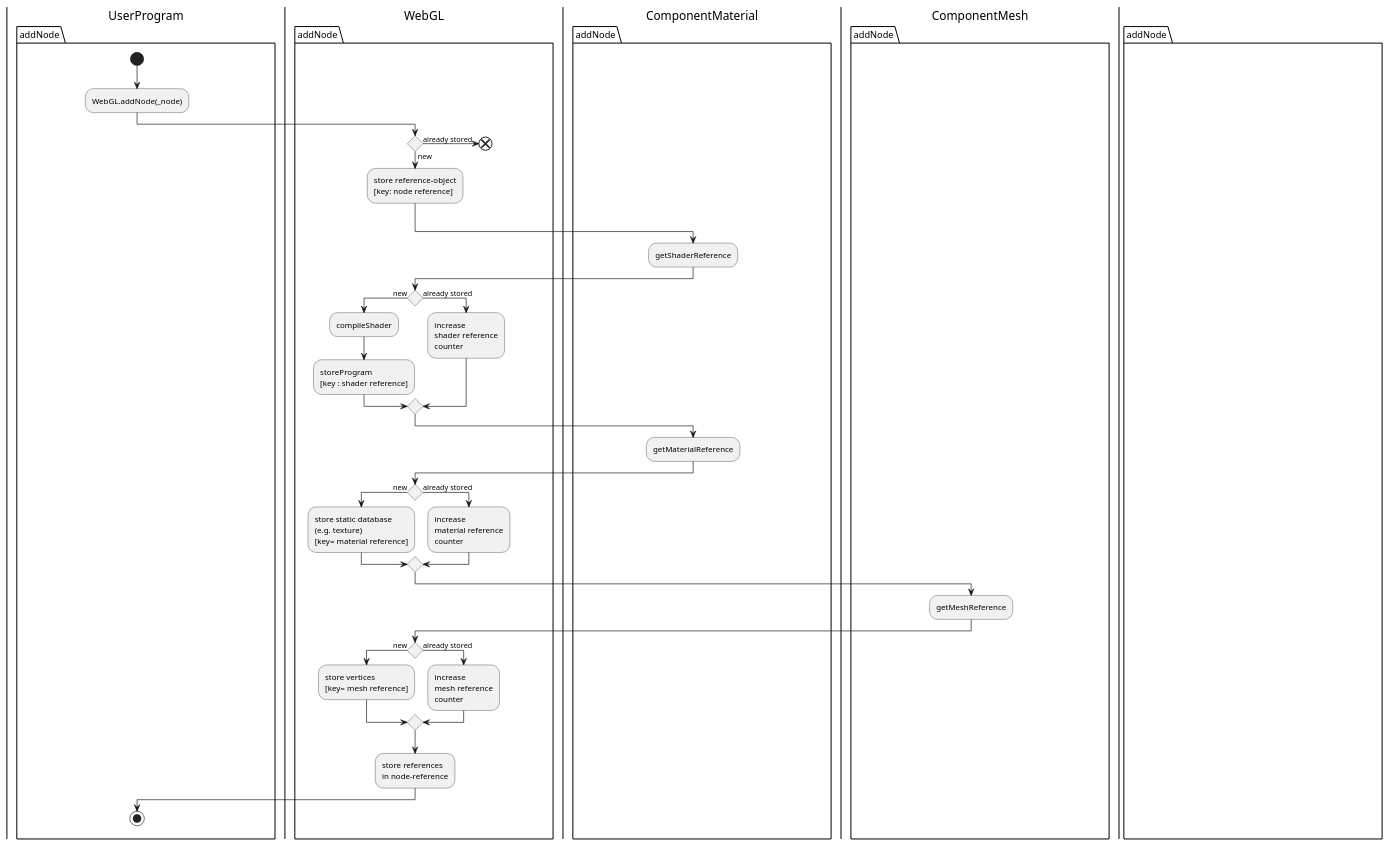
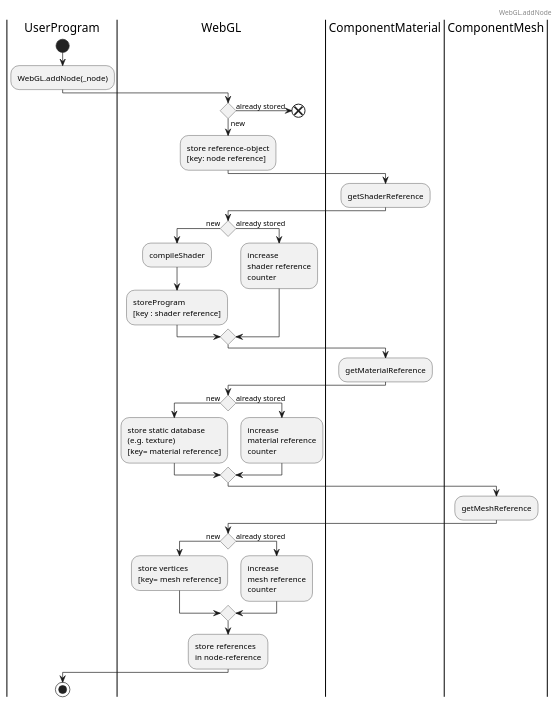
Before and after one commit to JirkaDellOro/FUDGE: the first of 3 diagrams in Design/WebGL_Proposal_Node-Processing.puml, drawn with PlantUML. The commit also changed other lines of this file, not shown here.

Commit message:
headlines and updateNode complete

```diff
--- a/Design/WebGL_Proposal_Node-Processing.puml
+++ b/Design/WebGL_Proposal_Node-Processing.puml
@@ -1,59 +1,60 @@
 @startuml WebG.addNode
+header 
+WebGL.addNode
+endheader
 |UserProgram|
 '|Viewport|
 |WebGL|
 '|Node|
 |ComponentMaterial|
 |ComponentMesh|
-package addNode {
-    |UserProgram|
-    start
-    :WebGL.addNode(_node);
-    |WebGL|
-    if () then (already stored)
-        end
-    else (new)
-        :store reference-object
-        [key: node reference];
-    endif
-    |ComponentMaterial|
-    :getShaderReference;
-    |WebGL|
-    if () then (new)
-        :compileShader;
-        :storeProgram
-        [key : shader reference];
-    else (already stored)
-        :increase
-        shader reference
-        counter;
-    endif
-    |ComponentMaterial|
-    :getMaterialReference;
-    |WebGL|
-    if () then (new)
-        :store static database
-        (e.g. texture)
-        [key= material reference];
-    else (already stored)
-        :increase
-        material reference
-        counter;
-    endif
-    |ComponentMesh|
-    :getMeshReference;
-    |WebGL|
-    if () then (new)
-        :store vertices
-        [key= mesh reference];
-    else (already stored)
-        :increase
-        mesh reference
-        counter;
-    endif
-    :store references
-    in node-reference;
-    |UserProgram|
-    stop
-}
+|UserProgram|
+start
+:WebGL.addNode(_node);
+|WebGL|
+if () then (already stored)
+    end
+else (new)
+    :store reference-object
+    [key: node reference];
+endif
+|ComponentMaterial|
+:getShaderReference;
+|WebGL|
+if () then (new)
+    :compileShader;
+    :storeProgram
+    [key : shader reference];
+else (already stored)
+    :increase
+    shader reference
+    counter;
+endif
+|ComponentMaterial|
+:getMaterialReference;
+|WebGL|
+if () then (new)
+    :store static database
+    (e.g. texture)
+    [key= material reference];
+else (already stored)
+    :increase
+    material reference
+    counter;
+endif
+|ComponentMesh|
+:getMeshReference;
+|WebGL|
+if () then (new)
+    :store vertices
+    [key= mesh reference];
+else (already stored)
+    :increase
+    mesh reference
+    counter;
+endif
+:store references
+in node-reference;
+|UserProgram|
+stop
 @enduml
```
